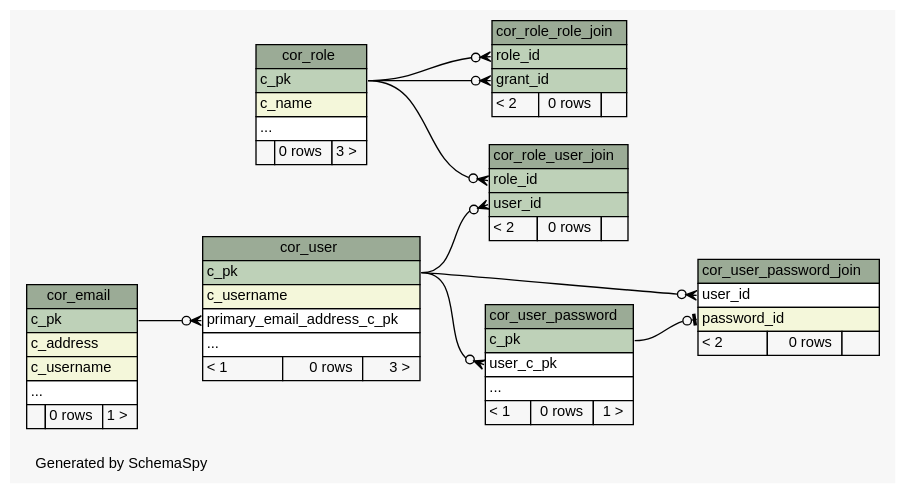
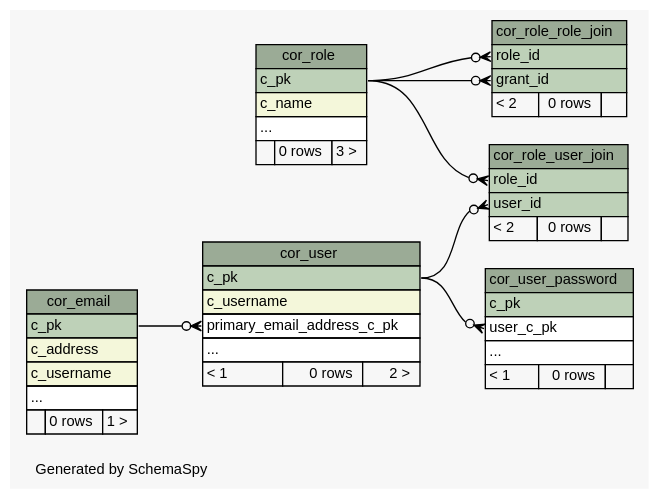
The diagram in schemaspy/diagrams/summary/relationships.real.compact.dot (openwms/org.openwms.core.uaa), drawn with Graphviz before and after one commit. The commit also changed 331 other files, not shown here.

```diff
--- a/schemaspy/diagrams/summary/relationships.real.compact.dot
+++ b/schemaspy/diagrams/summary/relationships.real.compact.dot
@@ -1,113 +1,100 @@
-// dot 2.36.0 on Linux 4.4.0-101-generic
+// dot 2.38.0 on Linux 4.15.0-1055-gcp
 // SchemaSpy rev Unknown
 digraph "compactRelationshipsDiagram" {
   graph [
     rankdir="RL"
     bgcolor="#f7f7f7"
     label="\nGenerated by SchemaSpy"
     labeljust="l"
     nodesep="0.18"
     ranksep="0.46"
     fontname="Helvetica"
     fontsize="11"
   ];
   node [
     fontname="Helvetica"
     fontsize="11"
     shape="plaintext"
   ];
   edge [
     arrowsize="0.8"
   ];
   "cor_email" [
     label=<
     <TABLE BORDER="0" CELLBORDER="1" CELLSPACING="0" BGCOLOR="#ffffff">
       <TR><TD COLSPAN="3" BGCOLOR="#9bab96" ALIGN="CENTER">cor_email</TD></TR>
       <TR><TD PORT="c_pk" COLSPAN="3" BGCOLOR="#bed1b8" ALIGN="LEFT">c_pk</TD></TR>
       <TR><TD PORT="c_address" COLSPAN="3" BGCOLOR="#f4f7da" ALIGN="LEFT">c_address</TD></TR>
       <TR><TD PORT="c_username" COLSPAN="3" BGCOLOR="#f4f7da" ALIGN="LEFT">c_username</TD></TR>
       <TR><TD PORT="elipses" COLSPAN="3" ALIGN="LEFT">...</TD></TR>
       <TR><TD ALIGN="LEFT" BGCOLOR="#f7f7f7">  </TD><TD ALIGN="RIGHT" BGCOLOR="#f7f7f7">0 rows</TD><TD ALIGN="RIGHT" BGCOLOR="#f7f7f7">1 &gt;</TD></TR>
     </TABLE>>
     URL="tables/cor_email.html"
     tooltip="cor_email"
   ];
   "cor_role" [
     label=<
     <TABLE BORDER="0" CELLBORDER="1" CELLSPACING="0" BGCOLOR="#ffffff">
       <TR><TD COLSPAN="3" BGCOLOR="#9bab96" ALIGN="CENTER">cor_role</TD></TR>
       <TR><TD PORT="c_pk" COLSPAN="3" BGCOLOR="#bed1b8" ALIGN="LEFT">c_pk</TD></TR>
       <TR><TD PORT="c_name" COLSPAN="3" BGCOLOR="#f4f7da" ALIGN="LEFT">c_name</TD></TR>
       <TR><TD PORT="elipses" COLSPAN="3" ALIGN="LEFT">...</TD></TR>
       <TR><TD ALIGN="LEFT" BGCOLOR="#f7f7f7">  </TD><TD ALIGN="RIGHT" BGCOLOR="#f7f7f7">0 rows</TD><TD ALIGN="RIGHT" BGCOLOR="#f7f7f7">3 &gt;</TD></TR>
     </TABLE>>
     URL="tables/cor_role.html"
     tooltip="cor_role"
   ];
   "cor_role_role_join" [
     label=<
     <TABLE BORDER="0" CELLBORDER="1" CELLSPACING="0" BGCOLOR="#ffffff">
       <TR><TD COLSPAN="3" BGCOLOR="#9bab96" ALIGN="CENTER">cor_role_role_join</TD></TR>
       <TR><TD PORT="role_id" COLSPAN="3" BGCOLOR="#bed1b8" ALIGN="LEFT">role_id</TD></TR>
       <TR><TD PORT="grant_id" COLSPAN="3" BGCOLOR="#bed1b8" ALIGN="LEFT">grant_id</TD></TR>
       <TR><TD ALIGN="LEFT" BGCOLOR="#f7f7f7">&lt; 2</TD><TD ALIGN="RIGHT" BGCOLOR="#f7f7f7">0 rows</TD><TD ALIGN="RIGHT" BGCOLOR="#f7f7f7">  </TD></TR>
     </TABLE>>
     URL="tables/cor_role_role_join.html"
     tooltip="cor_role_role_join"
   ];
   "cor_role_user_join" [
     label=<
     <TABLE BORDER="0" CELLBORDER="1" CELLSPACING="0" BGCOLOR="#ffffff">
       <TR><TD COLSPAN="3" BGCOLOR="#9bab96" ALIGN="CENTER">cor_role_user_join</TD></TR>
       <TR><TD PORT="role_id" COLSPAN="3" BGCOLOR="#bed1b8" ALIGN="LEFT">role_id</TD></TR>
       <TR><TD PORT="user_id" COLSPAN="3" BGCOLOR="#bed1b8" ALIGN="LEFT">user_id</TD></TR>
       <TR><TD ALIGN="LEFT" BGCOLOR="#f7f7f7">&lt; 2</TD><TD ALIGN="RIGHT" BGCOLOR="#f7f7f7">0 rows</TD><TD ALIGN="RIGHT" BGCOLOR="#f7f7f7">  </TD></TR>
     </TABLE>>
     URL="tables/cor_role_user_join.html"
     tooltip="cor_role_user_join"
   ];
   "cor_user" [
     label=<
     <TABLE BORDER="0" CELLBORDER="1" CELLSPACING="0" BGCOLOR="#ffffff">
       <TR><TD COLSPAN="3" BGCOLOR="#9bab96" ALIGN="CENTER">cor_user</TD></TR>
       <TR><TD PORT="c_pk" COLSPAN="3" BGCOLOR="#bed1b8" ALIGN="LEFT">c_pk</TD></TR>
       <TR><TD PORT="c_username" COLSPAN="3" BGCOLOR="#f4f7da" ALIGN="LEFT">c_username</TD></TR>
       <TR><TD PORT="primary_email_address_c_pk" COLSPAN="3" ALIGN="LEFT">primary_email_address_c_pk</TD></TR>
       <TR><TD PORT="elipses" COLSPAN="3" ALIGN="LEFT">...</TD></TR>
-      <TR><TD ALIGN="LEFT" BGCOLOR="#f7f7f7">&lt; 1</TD><TD ALIGN="RIGHT" BGCOLOR="#f7f7f7">0 rows</TD><TD ALIGN="RIGHT" BGCOLOR="#f7f7f7">3 &gt;</TD></TR>
+      <TR><TD ALIGN="LEFT" BGCOLOR="#f7f7f7">&lt; 1</TD><TD ALIGN="RIGHT" BGCOLOR="#f7f7f7">0 rows</TD><TD ALIGN="RIGHT" BGCOLOR="#f7f7f7">2 &gt;</TD></TR>
     </TABLE>>
     URL="tables/cor_user.html"
     tooltip="cor_user"
   ];
   "cor_user_password" [
     label=<
     <TABLE BORDER="0" CELLBORDER="1" CELLSPACING="0" BGCOLOR="#ffffff">
       <TR><TD COLSPAN="3" BGCOLOR="#9bab96" ALIGN="CENTER">cor_user_password</TD></TR>
       <TR><TD PORT="c_pk" COLSPAN="3" BGCOLOR="#bed1b8" ALIGN="LEFT">c_pk</TD></TR>
       <TR><TD PORT="user_c_pk" COLSPAN="3" ALIGN="LEFT">user_c_pk</TD></TR>
       <TR><TD PORT="elipses" COLSPAN="3" ALIGN="LEFT">...</TD></TR>
-      <TR><TD ALIGN="LEFT" BGCOLOR="#f7f7f7">&lt; 1</TD><TD ALIGN="RIGHT" BGCOLOR="#f7f7f7">0 rows</TD><TD ALIGN="RIGHT" BGCOLOR="#f7f7f7">1 &gt;</TD></TR>
+      <TR><TD ALIGN="LEFT" BGCOLOR="#f7f7f7">&lt; 1</TD><TD ALIGN="RIGHT" BGCOLOR="#f7f7f7">0 rows</TD><TD ALIGN="RIGHT" BGCOLOR="#f7f7f7">  </TD></TR>
     </TABLE>>
     URL="tables/cor_user_password.html"
     tooltip="cor_user_password"
-  ];
-  "cor_user_password_join" [
-    label=<
-    <TABLE BORDER="0" CELLBORDER="1" CELLSPACING="0" BGCOLOR="#ffffff">
-      <TR><TD COLSPAN="3" BGCOLOR="#9bab96" ALIGN="CENTER">cor_user_password_join</TD></TR>
-      <TR><TD PORT="user_id" COLSPAN="3" ALIGN="LEFT">user_id</TD></TR>
-      <TR><TD PORT="password_id" COLSPAN="3" BGCOLOR="#f4f7da" ALIGN="LEFT">password_id</TD></TR>
-      <TR><TD ALIGN="LEFT" BGCOLOR="#f7f7f7">&lt; 2</TD><TD ALIGN="RIGHT" BGCOLOR="#f7f7f7">0 rows</TD><TD ALIGN="RIGHT" BGCOLOR="#f7f7f7">  </TD></TR>
-    </TABLE>>
-    URL="tables/cor_user_password_join.html"
-    tooltip="cor_user_password_join"
   ];
   "cor_role_role_join":"grant_id":w -> "cor_role":"c_pk":e [arrowhead=none dir=back arrowtail=crowodot];
   "cor_role_role_join":"role_id":w -> "cor_role":"c_pk":e [arrowhead=none dir=back arrowtail=crowodot];
   "cor_role_user_join":"role_id":w -> "cor_role":"c_pk":e [arrowhead=none dir=back arrowtail=crowodot];
   "cor_role_user_join":"user_id":w -> "cor_user":"c_pk":e [arrowhead=none dir=back arrowtail=crowodot];
   "cor_user":"primary_email_address_c_pk":w -> "cor_email":"c_pk":e [arrowhead=none dir=back arrowtail=crowodot];
   "cor_user_password":"user_c_pk":w -> "cor_user":"c_pk":e [arrowhead=none dir=back arrowtail=crowodot];
-  "cor_user_password_join":"password_id":w -> "cor_user_password":"c_pk":e [arrowhead=none dir=back arrowtail=teeodot];
-  "cor_user_password_join":"user_id":w -> "cor_user":"c_pk":e [arrowhead=none dir=back arrowtail=crowodot];
 }
```
